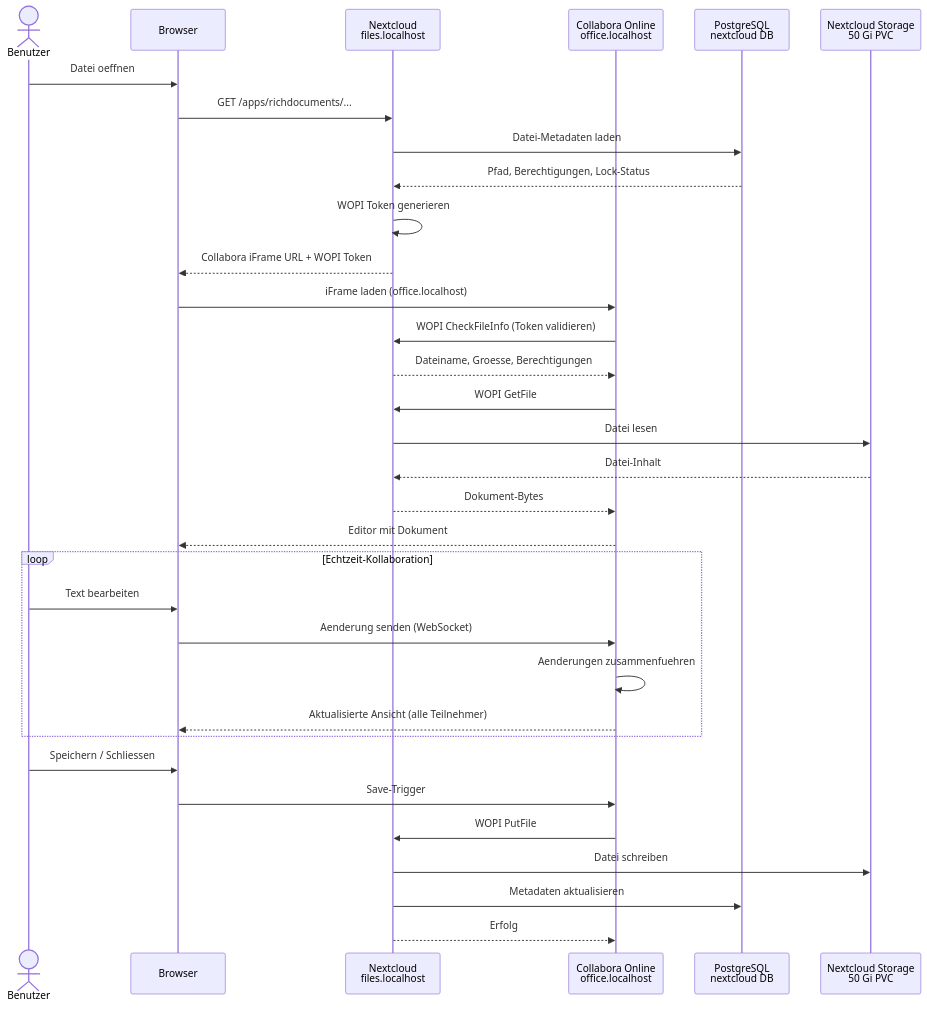
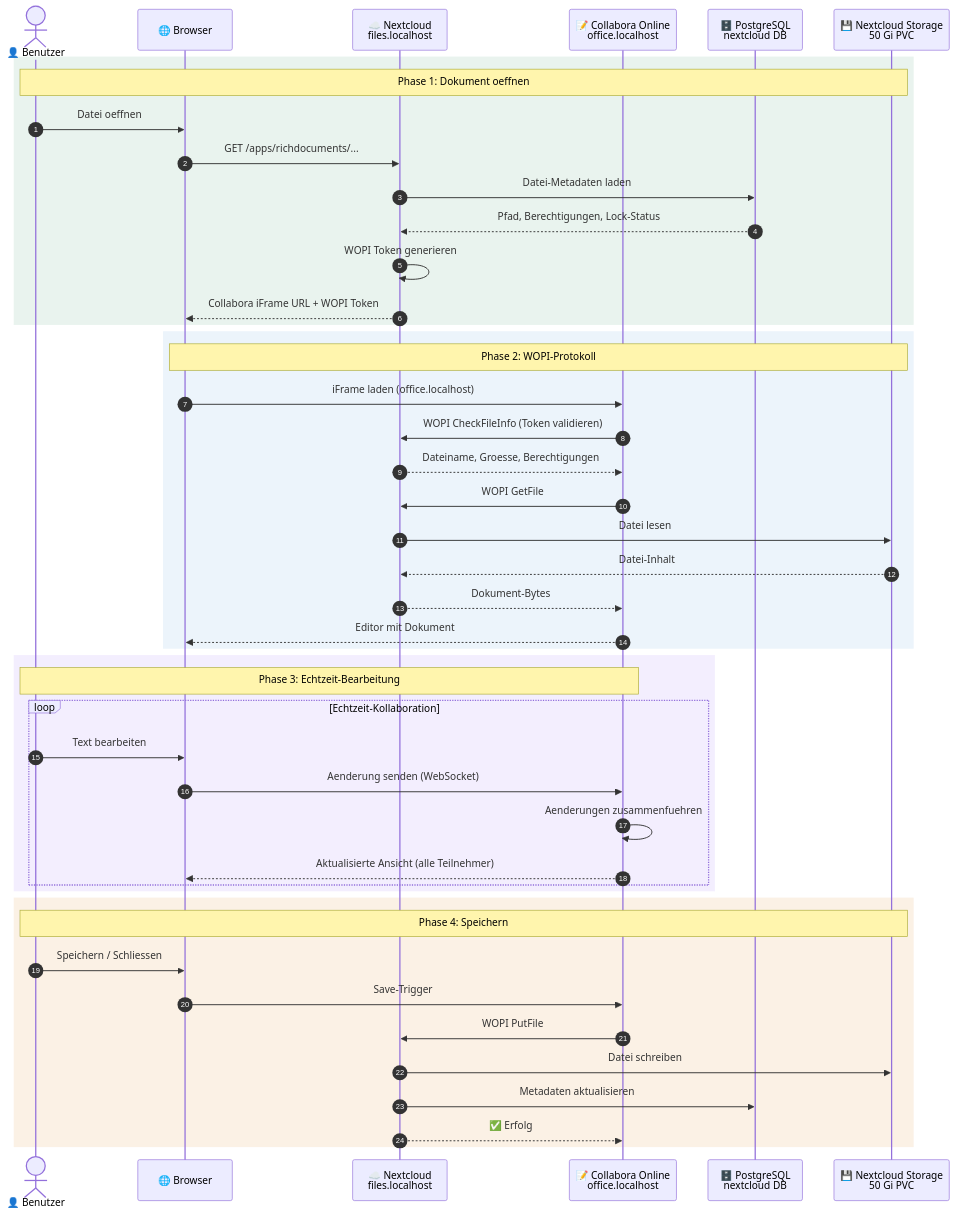
One commit to Paddione/Bachelorprojekt changed the third of 9 diagrams in docs/architecture.md. Above: the diagram before and after it, drawn with Mermaid. The commit also changed other lines of this file and 19 other files, not shown here.

````diff
--- a/docs/architecture.md
+++ b/docs/architecture.md
@@ -238,39 +250,53 @@
 ```mermaid
 sequenceDiagram
-    actor User as Benutzer
-    participant Browser
-    participant NC as Nextcloud<br/>files.localhost
-    participant CO as Collabora Online<br/>office.localhost
-    participant DB as PostgreSQL<br/>nextcloud DB
-    participant Store as Nextcloud Storage<br/>50 Gi PVC
+    autonumber
 
-    User ->> Browser: Datei oeffnen
-    Browser ->> NC: GET /apps/richdocuments/...
-    NC ->> DB: Datei-Metadaten laden
-    DB -->> NC: Pfad, Berechtigungen, Lock-Status
-    NC ->> NC: WOPI Token generieren
-    NC -->> Browser: Collabora iFrame URL + WOPI Token
+    actor User as 👤 Benutzer
+    participant Browser as 🌐 Browser
+    participant NC as ☁️ Nextcloud<br/>files.localhost
+    participant CO as 📝 Collabora Online<br/>office.localhost
+    participant DB as 🗄️ PostgreSQL<br/>nextcloud DB
+    participant Store as 💾 Nextcloud Storage<br/>50 Gi PVC
 
-    Browser ->> CO: iFrame laden (office.localhost)
-    CO ->> NC: WOPI CheckFileInfo (Token validieren)
-    NC -->> CO: Dateiname, Groesse, Berechtigungen
-    CO ->> NC: WOPI GetFile
-    NC ->> Store: Datei lesen
-    Store -->> NC: Datei-Inhalt
-    NC -->> CO: Dokument-Bytes
-    CO -->> Browser: Editor mit Dokument
-
-    loop Echtzeit-Kollaboration
-        User ->> Browser: Text bearbeiten
-        Browser ->> CO: Aenderung senden (WebSocket)
-        CO ->> CO: Aenderungen zusammenfuehren
-        CO -->> Browser: Aktualisierte Ansicht (alle Teilnehmer)
+    rect rgba(45, 134, 89, 0.1)
+        Note over User,Store: Phase 1: Dokument oeffnen
+        User ->> Browser: Datei oeffnen
+        Browser ->> NC: GET /apps/richdocuments/...
+        NC ->> DB: Datei-Metadaten laden
+        DB -->> NC: Pfad, Berechtigungen, Lock-Status
+        NC ->> NC: WOPI Token generieren
+        NC -->> Browser: Collabora iFrame URL + WOPI Token
     end
 
-    User ->> Browser: Speichern / Schliessen
-    Browser ->> CO: Save-Trigger
-    CO ->> NC: WOPI PutFile
-    NC ->> Store: Datei schreiben
-    NC ->> DB: Metadaten aktualisieren
-    NC -->> CO: Erfolg
+    rect rgba(74, 144, 217, 0.1)
+        Note over Browser,Store: Phase 2: WOPI-Protokoll
+        Browser ->> CO: iFrame laden (office.localhost)
+        CO ->> NC: WOPI CheckFileInfo (Token validieren)
+        NC -->> CO: Dateiname, Groesse, Berechtigungen
+        CO ->> NC: WOPI GetFile
+        NC ->> Store: Datei lesen
+        Store -->> NC: Datei-Inhalt
+        NC -->> CO: Dokument-Bytes
+        CO -->> Browser: Editor mit Dokument
+    end
+
+    rect rgba(139, 92, 246, 0.1)
+        Note over User,CO: Phase 3: Echtzeit-Bearbeitung
+        loop Echtzeit-Kollaboration
+            User ->> Browser: Text bearbeiten
+            Browser ->> CO: Aenderung senden (WebSocket)
+            CO ->> CO: Aenderungen zusammenfuehren
+            CO -->> Browser: Aktualisierte Ansicht (alle Teilnehmer)
+        end
+    end
+
+    rect rgba(217, 119, 6, 0.1)
+        Note over User,Store: Phase 4: Speichern
+        User ->> Browser: Speichern / Schliessen
+        Browser ->> CO: Save-Trigger
+        CO ->> NC: WOPI PutFile
+        NC ->> Store: Datei schreiben
+        NC ->> DB: Metadaten aktualisieren
+        NC -->> CO: ✅ Erfolg
+    end
 ```
````
